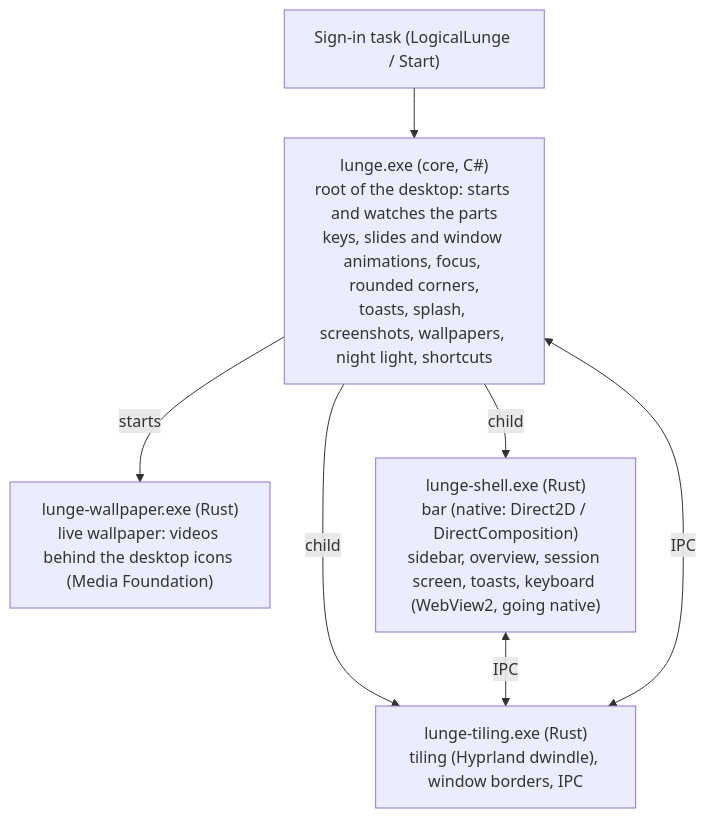
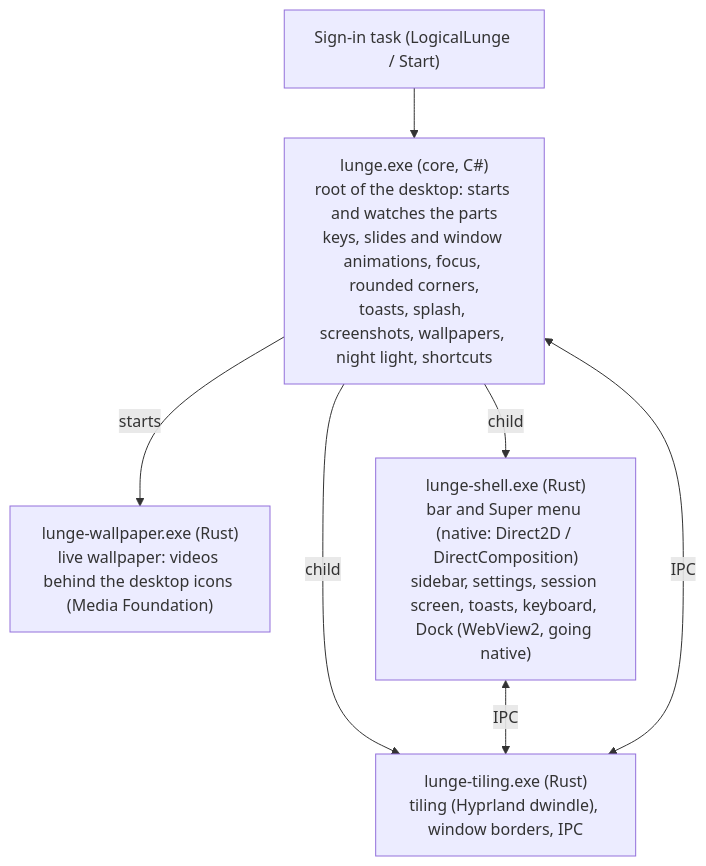
Before and after one commit to KaanAlper/logical-lunge: the diagram in README.md, drawn with Mermaid. The commit also changed 13 other files, not shown here.

First line of the commit message:
feat: keep only the native Super menu, with the web one's entrance

````diff
--- a/README.md
+++ b/README.md
@@ -141,10 +141,10 @@
 ```mermaid
 flowchart TD
   task["Sign-in task (LogicalLunge / Start)"] --> core
   core["lunge.exe (core, C#)<br/>root of the desktop: starts and watches the parts<br/>keys, slides and window animations, focus, rounded corners,<br/>toasts, splash, screenshots, wallpapers, night light, shortcuts"]
   core -- child --> tiling["lunge-tiling.exe (Rust)<br/>tiling (Hyprland dwindle), window borders, IPC"]
   core -- starts --> live["lunge-wallpaper.exe (Rust)<br/>live wallpaper: videos behind the desktop icons (Media Foundation)"]
-  core -- child --> shell["lunge-shell.exe (Rust)<br/>bar (native: Direct2D / DirectComposition)<br/>sidebar, overview, session screen, toasts, keyboard (WebView2, going native)"]
+  core -- child --> shell["lunge-shell.exe (Rust)<br/>bar and Super menu (native: Direct2D / DirectComposition)<br/>sidebar, settings, session screen, toasts, keyboard, Dock (WebView2, going native)"]
   shell <-- IPC --> tiling
   core <-- IPC --> tiling
 ```
````
